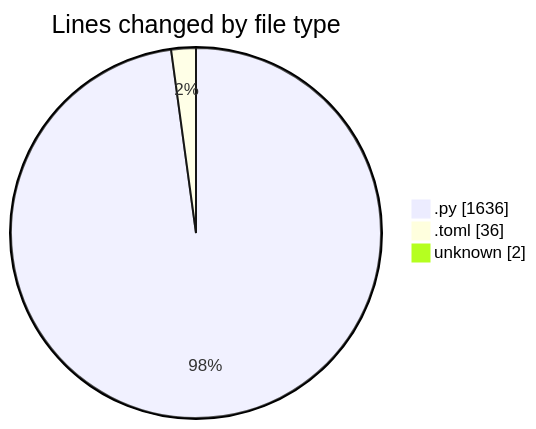
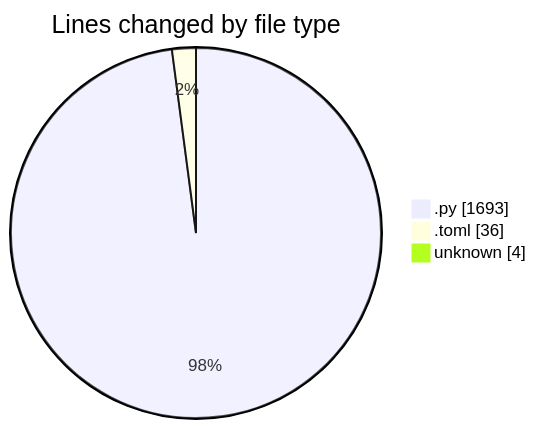
The first of 2 diagrams in 2025-11-20/eventscop-api-guide__workspace_/README.md (julien-gomy/code-tracking), drawn with Mermaid before and after one commit. The commit also changed other lines of this file and 1 other file, not shown here.

````diff
--- a/2025-11-20/eventscop-api-guide__workspace_/README.md
+++ b/2025-11-20/eventscop-api-guide__workspace_/README.md
@@ -29,7 +31,7 @@
 ```mermaid
 pie showData
 title Lines changed by file type
-".py" : 1636
+".py" : 1693
 ".toml" : 36
-"unknown" : 2
+"unknown" : 4
 ```
````
